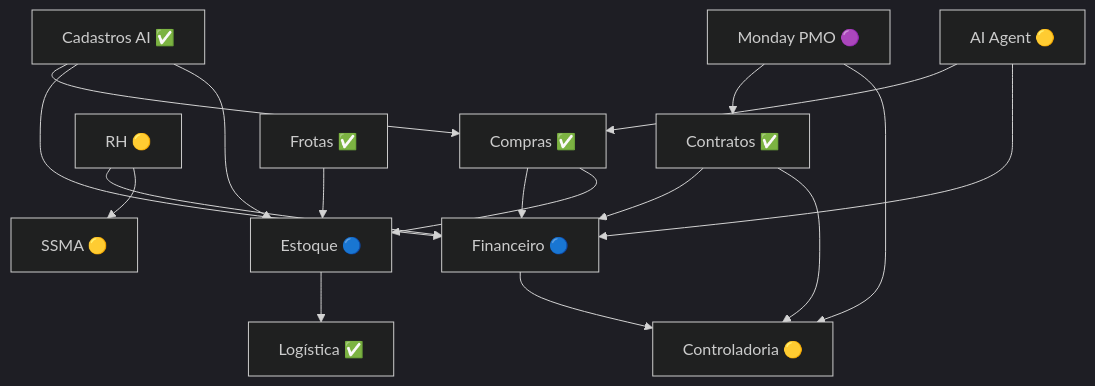
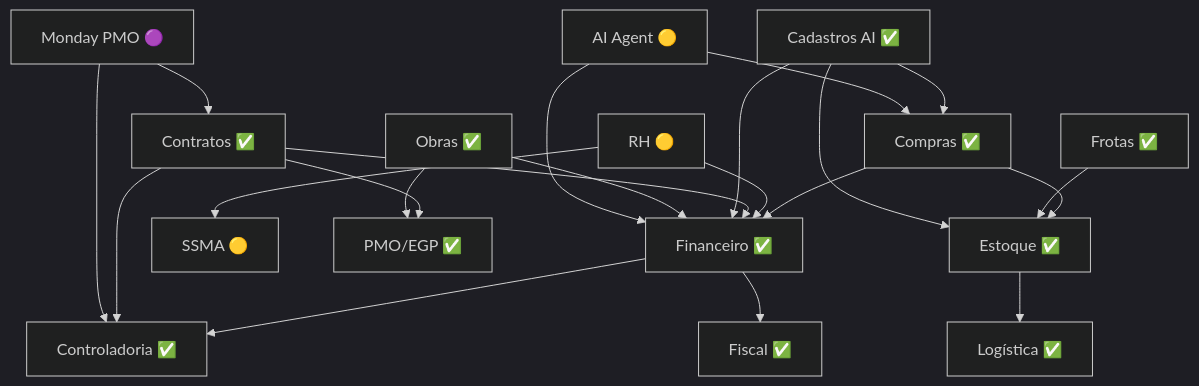
One commit to leandroteg/teg-plus changed the third of 3 diagrams in docs/obsidian/17 - Roadmap.md. Above: the diagram before and after it, drawn with Mermaid (dark theme). The commit also changed other lines of this file and 9 other files, not shown here.

````diff
--- a/docs/obsidian/17 - Roadmap.md
+++ b/docs/obsidian/17 - Roadmap.md
@@ -307,19 +310,23 @@
 ```mermaid
 graph TD
-    COMP[Compras ✅] --> FIN[Financeiro 🔵]
-    COMP --> EST[Estoque 🔵]
-    FIN --> CTRL[Controladoria 🟡]
+    COMP[Compras ✅] --> FIN[Financeiro ✅]
+    COMP --> EST[Estoque ✅]
+    FIN --> CTRL[Controladoria ✅]
+    FIN --> FIS[Fiscal ✅]
     EST --> LOG[Logística ✅]
     RH[RH 🟡] --> FIN
     RH --> SSMA[SSMA 🟡]
     CONT[Contratos ✅] --> FIN
     CONT --> CTRL
+    CONT --> PMO[PMO/EGP ✅]
     FROT[Frotas ✅] --> EST
     CAD[Cadastros AI ✅] --> COMP
     CAD --> FIN
     CAD --> EST
+    OBR[Obras ✅] --> PMO
+    OBR --> FIN
     AI[AI Agent 🟡] --> COMP
     AI --> FIN
     MON[Monday PMO 🟣] --> CONT
     MON --> CTRL
 ```
````
